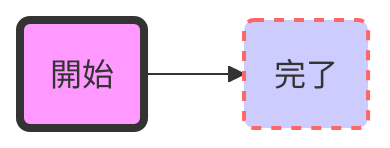
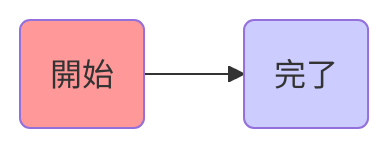
One commit to morinota/TIL changed the second of 4 diagrams in mermaid.js/mermaid.jsでグラフィカルモデル書きたい.md. Above: the diagram before and after it, drawn with Mermaid. The commit also changed other lines of this file, not shown here.

````diff
--- a/mermaid.js/mermaid.jsでグラフィカルモデル書きたい.md
+++ b/mermaid.js/mermaid.jsでグラフィカルモデル書きたい.md
@@ -31,6 +42,6 @@
 ```mermaid
 graph LR
     start(開始)-->stop(完了)
-    style start fill:#f9f,stroke:#333,stroke-width:4px
-    style stop fill:#ccf,stroke:#f66,stroke-width:2px,stroke-dasharray: 5, 5
+    style start fill:#f99f
+    style stop fill:#ccf
 ```
````
